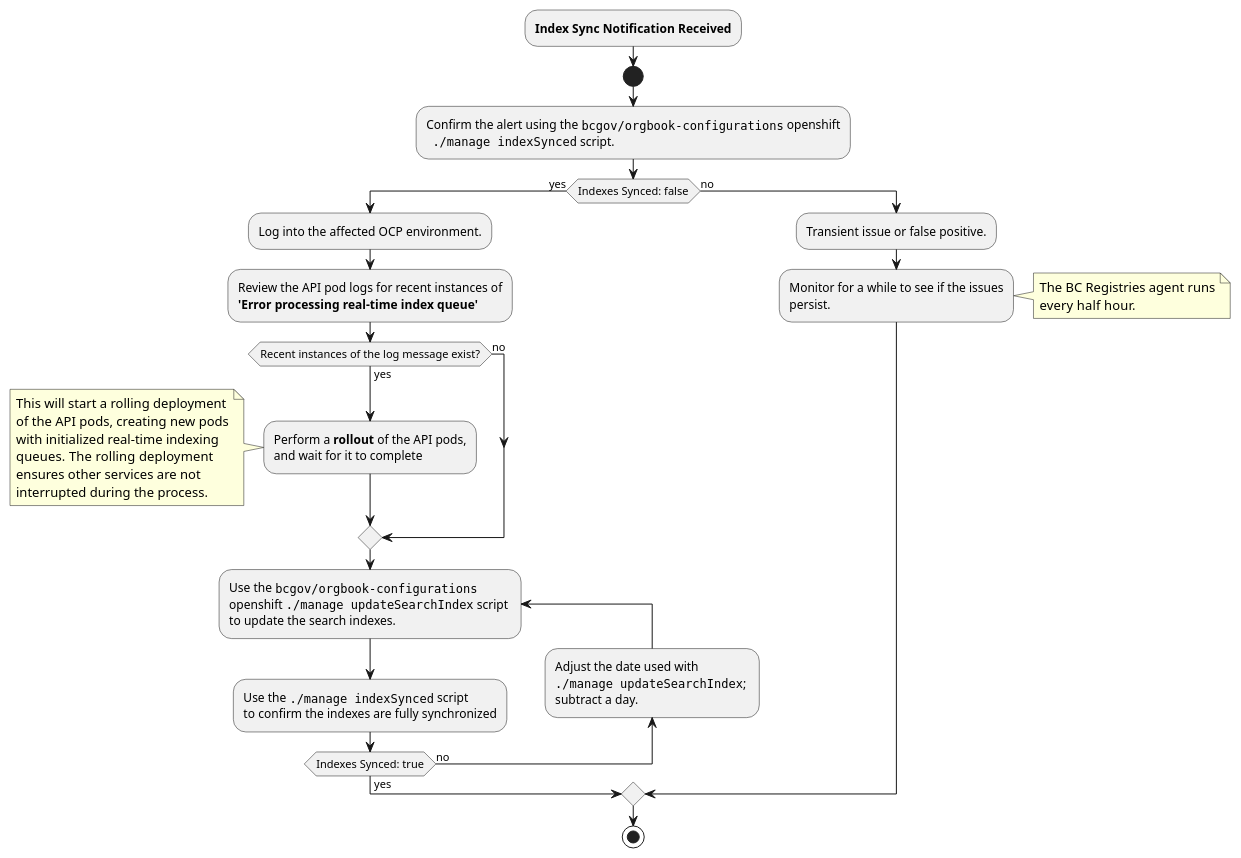
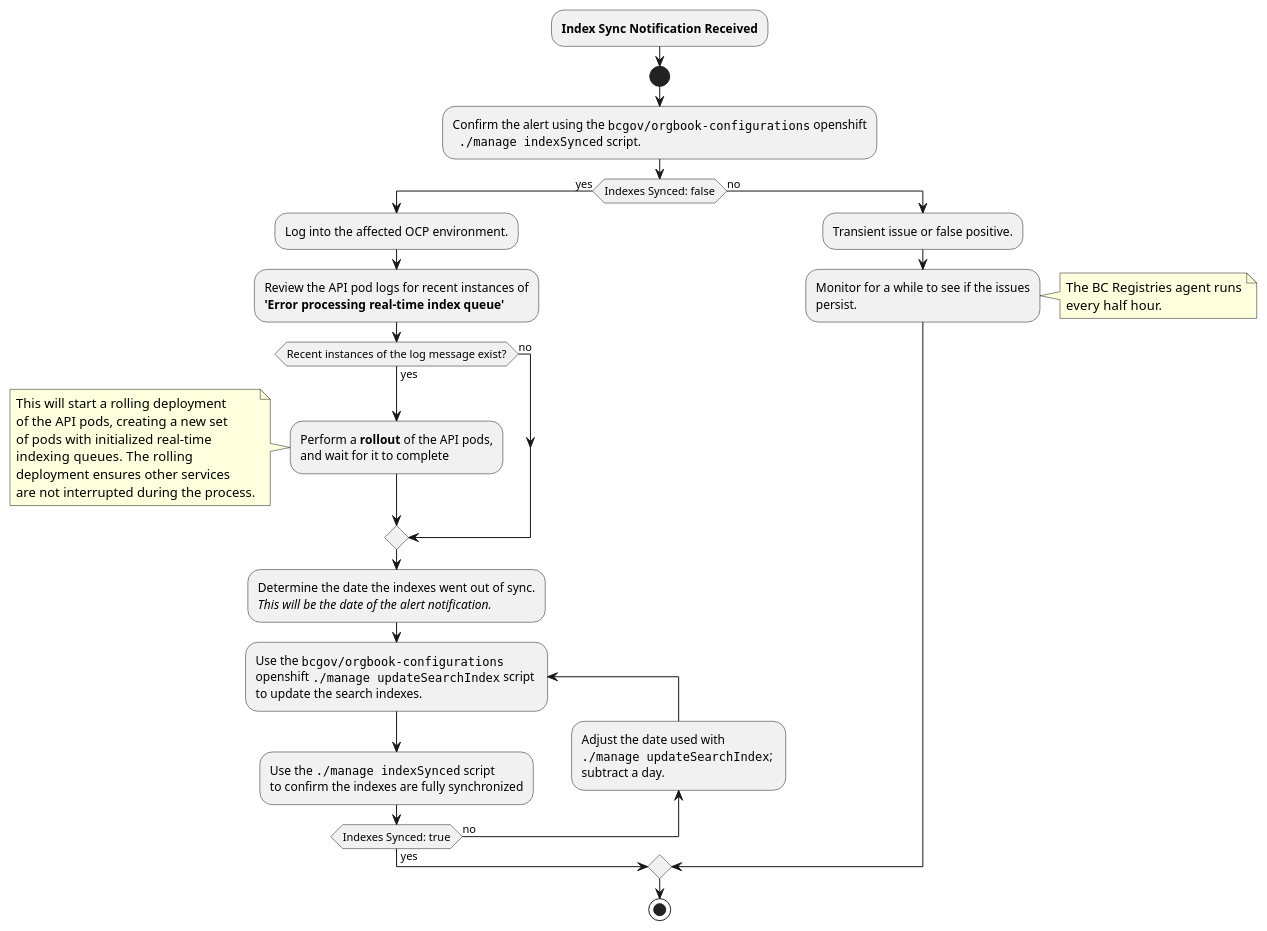
The diagram in docs/index-sync-decision-tree.puml (bcgov/DITP-DevOps), drawn with PlantUML before and after one commit. The commit also changed 2 other files, not shown here.

Commit message:
Add additional details to the OrgBook Index Sync Alert Workflow document

```diff
--- a/docs/index-sync-decision-tree.puml
+++ b/docs/index-sync-decision-tree.puml
@@ -1,42 +1,44 @@
 @startuml
 
 :**Index Sync Notification Received**;
 start
-:Confirm the alert using the ""bcgov/orgbook-configurations"" openshift 
+:Confirm the alert using the ""bcgov/orgbook-configurations"" openshift
   ""./manage indexSynced"" script.;
 
 if (Indexes Synced: false) then (yes)
   :Log into the affected OCP environment.;
   :Review the API pod logs for recent instances of
   **'Error processing real-time index queue'**;
 
   if(Recent instances of the log message exist?) then (yes)
-    :Perform a **rollout** of the API pods, 
+    :Perform a **rollout** of the API pods,
     and wait for it to complete;
     note left
       This will start a rolling deployment
-      of the API pods, creating new pods
-      with initialized real-time indexing
-      queues.  The rolling deployment
-      ensures other services are not
-      interrupted during the process.
+      of the API pods, creating a new set
+      of pods with initialized real-time
+      indexing queues.  The rolling
+      deployment ensures other services
+      are not interrupted during the process.
     end note
   else (no)
   endif
-    repeat :Use the ""bcgov/orgbook-configurations"" \nopenshift ""./manage updateSearchIndex"" script \nto update the search indexes.;
-      :Use the ""./manage indexSynced"" script 
-      to confirm the indexes are fully synchronized;
-      backward :Adjust the date used with \n""./manage updateSearchIndex""; \nsubtract a day.; 
-    repeat while (Indexes Synced: true) is (no) not (yes)
+  :Determine the date the indexes went out of sync.
+  //This will be the date of the alert notification.//;
+  repeat :Use the ""bcgov/orgbook-configurations"" \nopenshift ""./manage updateSearchIndex"" script \nto update the search indexes.;
+    :Use the ""./manage indexSynced"" script
+    to confirm the indexes are fully synchronized;
+    backward :Adjust the date used with \n""./manage updateSearchIndex""; \nsubtract a day.;
+  repeat while (Indexes Synced: true) is (no) not (yes)
 else (no)
     :Transient issue or false positive.;
     :Monitor for a while to see if the issues
     persist.;
     note right
       The BC Registries agent runs
       every half hour.
     end note
 endif
 
 stop
 @enduml
```
